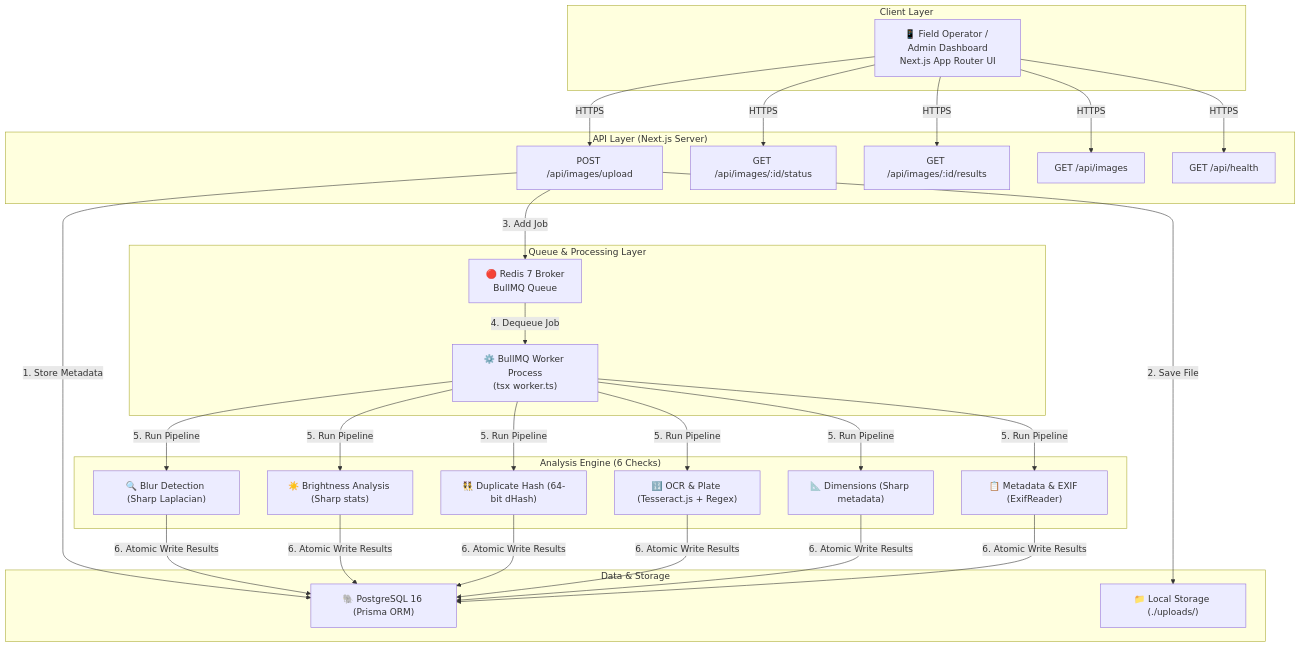
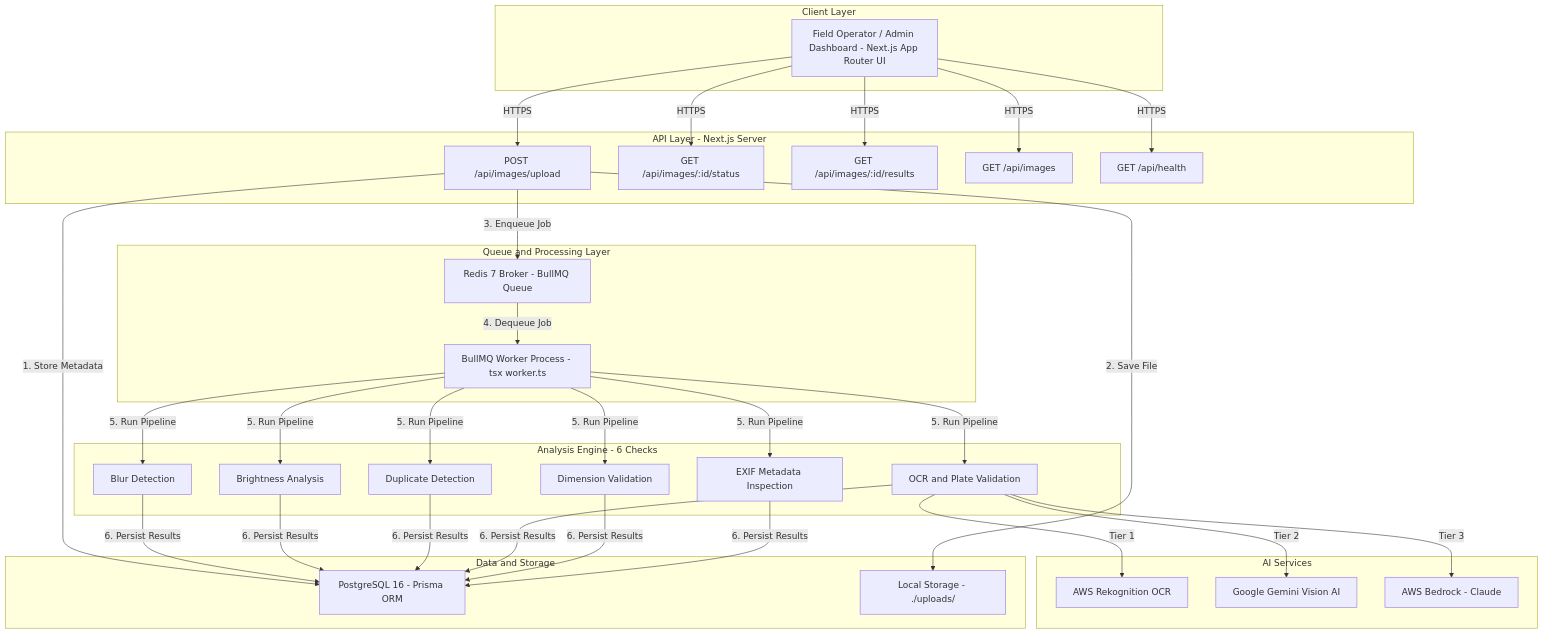
The diagram in README.md (Sumith2104/gOGig-assignment), drawn with Mermaid before and after one commit. The commit also changed other lines of this file, not shown here.

````diff
--- a/README.md
+++ b/README.md
@@ -31,41 +77,50 @@
 ```mermaid
 graph TB
     subgraph "Client Layer"
-        CL["📱 Field Operator / Admin Dashboard<br/>Next.js App Router UI"]
+        CL["Field Operator / Admin Dashboard - Next.js App Router UI"]
     end
 
-    subgraph "API Layer (Next.js Server)"
+    subgraph "API Layer - Next.js Server"
         R1["POST /api/images/upload"]
         R2["GET /api/images/:id/status"]
         R3["GET /api/images/:id/results"]
         R4["GET /api/images"]
         R5["GET /api/health"]
     end
 
-    subgraph "Queue & Processing Layer"
-        Q["🔴 Redis 7 Broker<br/>BullMQ Queue"]
-        W["⚙️ BullMQ Worker Process<br/>(tsx worker.ts)"]
+    subgraph "Queue and Processing Layer"
+        Q["Redis 7 Broker - BullMQ Queue"]
+        W["BullMQ Worker Process - tsx worker.ts"]
     end
 
-    subgraph "Analysis Engine (6 Checks)"
-        A1["🔍 Blur Detection (Sharp Laplacian)"]
-        A2["☀️ Brightness Analysis (Sharp stats)"]
-        A3["👯 Duplicate Hash (64-bit dHash)"]
-        A4["🔢 OCR & Plate (Tesseract.js + Regex)"]
-        A5["📐 Dimensions (Sharp metadata)"]
-        A6["📋 Metadata & EXIF (ExifReader)"]
+    subgraph "Analysis Engine - 6 Checks"
+        A1["Blur Detection"]
+        A2["Brightness Analysis"]
+        A3["Duplicate Detection"]
+        A4["OCR and Plate Validation"]
+        A5["Dimension Validation"]
+        A6["EXIF Metadata Inspection"]
     end
 
-    subgraph "Data & Storage"
-        PG["🐘 PostgreSQL 16 (Prisma ORM)"]
-        FS["📁 Local Storage (./uploads/)"]
+    subgraph "AI Services"
+        RK["AWS Rekognition OCR"]
+        GM["Google Gemini Vision AI"]
+        BD["AWS Bedrock - Claude"]
+    end
+
+    subgraph "Data and Storage"
+        PG["PostgreSQL 16 - Prisma ORM"]
+        FS["Local Storage - ./uploads/"]
     end
 
     CL -->|HTTPS| R1 & R2 & R3 & R4 & R5
     R1 -->|1. Store Metadata| PG
     R1 -->|2. Save File| FS
-    R1 -->|3. Add Job| Q
+    R1 -->|3. Enqueue Job| Q
     Q -->|4. Dequeue Job| W
     W -->|5. Run Pipeline| A1 & A2 & A3 & A4 & A5 & A6
-    A1 & A2 & A3 & A4 & A5 & A6 -->|6. Atomic Write Results| PG
+    A4 -->|Tier 1| RK
+    A4 -->|Tier 2| GM
+    A4 -->|Tier 3| BD
+    A1 & A2 & A3 & A4 & A5 & A6 -->|6. Persist Results| PG
 ```
````
